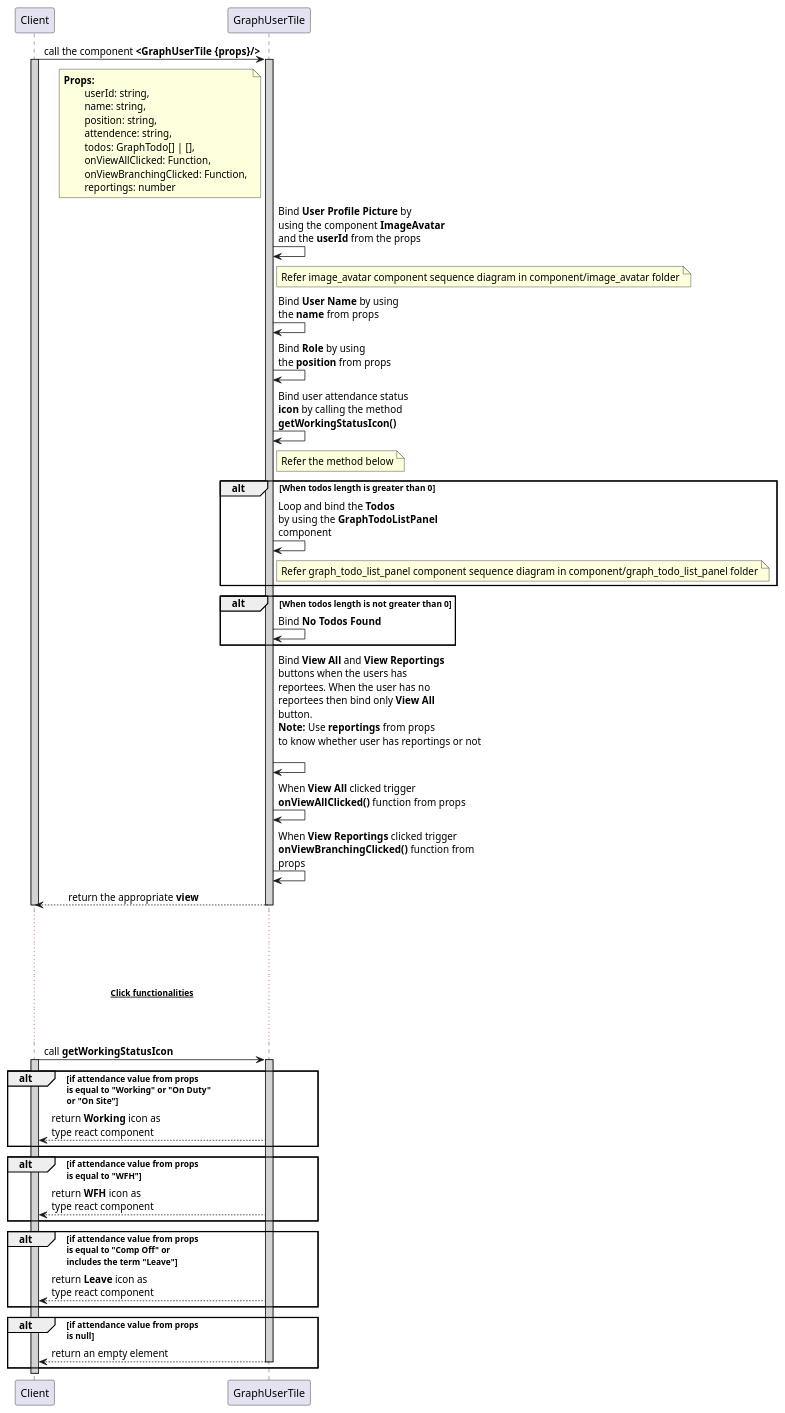
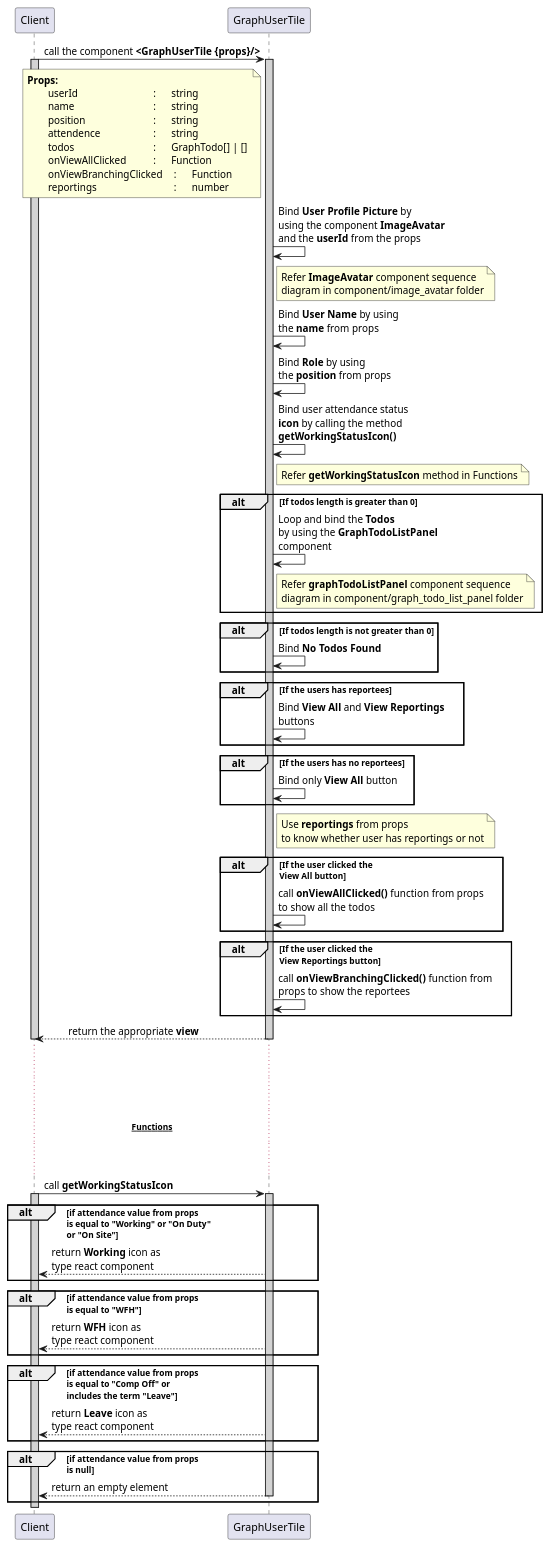
The diagram in frontend/components/graph_user_tile/graph_user_tile.sequence.puml (avasoft-mobility/workday-design), drawn with PlantUML before and after one commit.

Commit message:
Refactor graph user tile sequence design

```diff
--- a/frontend/components/graph_user_tile/graph_user_tile.sequence.puml
+++ b/frontend/components/graph_user_tile/graph_user_tile.sequence.puml
@@ -1,64 +1,77 @@
 @startuml GraphUserTile
 participant Client
 participant GraphUserTile
 
 Client -> GraphUserTile : call the component **<GraphUserTile {props}/>**
 activate Client #D3D3D3
 activate GraphUserTile #D3D3D3
 
-note left of GraphUserTile:**Props:** \n\tuserId: string, \n\tname: string, \n\tposition: string, \n\tattendence: string, \n\ttodos: GraphTodo[] | [], \n\tonViewAllClicked: Function, \n\tonViewBranchingClicked: Function, \n\treportings: number
+note left of GraphUserTile:**Props:** \n\tuserId\t\t\t\t : \tstring \n\tname\t\t\t\t : \tstring \n\tposition\t\t\t\t : \tstring \n\tattendence\t\t\t : \tstring \n\ttodos\t\t\t\t : \tGraphTodo[] | [] \n\tonViewAllClicked\t\t : \tFunction \n\tonViewBranchingClicked\t : \tFunction \n\treportings\t\t\t\t : \tnumber
 
 GraphUserTile -> GraphUserTile : Bind **User Profile Picture** by \nusing the component **ImageAvatar** \nand the **userId** from the props
-note right of GraphUserTile : Refer image_avatar component sequence diagram in component/image_avatar folder
+note right of GraphUserTile : Refer **ImageAvatar** component sequence \ndiagram in component/image_avatar folder
+
 GraphUserTile -> GraphUserTile : Bind **User Name** by using \nthe **name** from props
 GraphUserTile -> GraphUserTile : Bind **Role** by using \nthe **position** from props
 GraphUserTile -> GraphUserTile : Bind user attendance status \n**icon** by calling the method \n**getWorkingStatusIcon()**
-note right of GraphUserTile : Refer the method below
+note right of GraphUserTile : Refer **getWorkingStatusIcon** method in Functions
 
-alt When todos length is greater than 0
-    GraphUserTile -> GraphUserTile : Loop and bind the **Todos** \nby using the **GraphTodoListPanel** \ncomponent
-    note right of GraphUserTile : Refer graph_todo_list_panel component sequence diagram in component/graph_todo_list_panel folder
-end
+    alt If todos length is greater than 0
+        GraphUserTile -> GraphUserTile : Loop and bind the **Todos** \nby using the **GraphTodoListPanel** \ncomponent
+        note right of GraphUserTile : Refer **graphTodoListPanel** component sequence \ndiagram in component/graph_todo_list_panel folder
+    end
 
-alt When todos length is not greater than 0
-    GraphUserTile -> GraphUserTile : Bind **No Todos Found**
-end
+    alt If todos length is not greater than 0
+        GraphUserTile -> GraphUserTile : Bind **No Todos Found**
+    end
 
-GraphUserTile -> GraphUserTile : Bind **View All** and **View Reportings** \nbuttons when the users has \nreportees. When the user has no \nreportees then bind only **View All** \nbutton. \n**Note:** Use **reportings** from props \nto know whether user has reportings or not\n
-GraphUserTile -> GraphUserTile : When **View All** clicked trigger \n**onViewAllClicked()** function from props
-GraphUserTile -> GraphUserTile : When **View Reportings** clicked trigger \n**onViewBranchingClicked()** function from \nprops
+    alt If the users has reportees
+        GraphUserTile -> GraphUserTile : Bind **View All** and **View Reportings** \nbuttons
+    end
 
+    alt If the users has no reportees
+        GraphUserTile -> GraphUserTile : Bind only **View All** button
+    end
+    note right of GraphUserTile: Use **reportings** from props \nto know whether user has reportings or not
+
+    alt If the user clicked the \nView All button
+        GraphUserTile -> GraphUserTile : call **onViewAllClicked()** function from props \nto show all the todos
+    end
+
+    alt If the user clicked the \nView Reportings button
+        GraphUserTile -> GraphUserTile : call **onViewBranchingClicked()** function from \nprops to show the reportees
+    end
 
 Client <-- GraphUserTile : \treturn the appropriate **view**
 deactivate GraphUserTile
 deactivate Client
 
 ... ...
 ... ...
-...~~**Click functionalities**~~...
+...~~**Functions**~~...
 ... ...
 
 Client -> GraphUserTile: call **getWorkingStatusIcon**
 activate Client #D3D3D3
 activate GraphUserTile #D3D3D3
 
     alt if attendance value from props \nis equal to "Working" or "On Duty" \nor "On Site"
         GraphUserTile --> Client : return **Working** icon as \ntype react component
     end
 
     alt if attendance value from props \nis equal to "WFH"
         GraphUserTile --> Client : return **WFH** icon as \ntype react component
     end
 
     alt if attendance value from props \nis equal to "Comp Off" or \nincludes the term "Leave"
         GraphUserTile --> Client : return **Leave** icon as \ntype react component
     end
 
     alt if attendance value from props \nis null
         GraphUserTile --> Client : return an empty element
         deactivate GraphUserTile
     end
 
 deactivate Client
 
 @enduml
```
